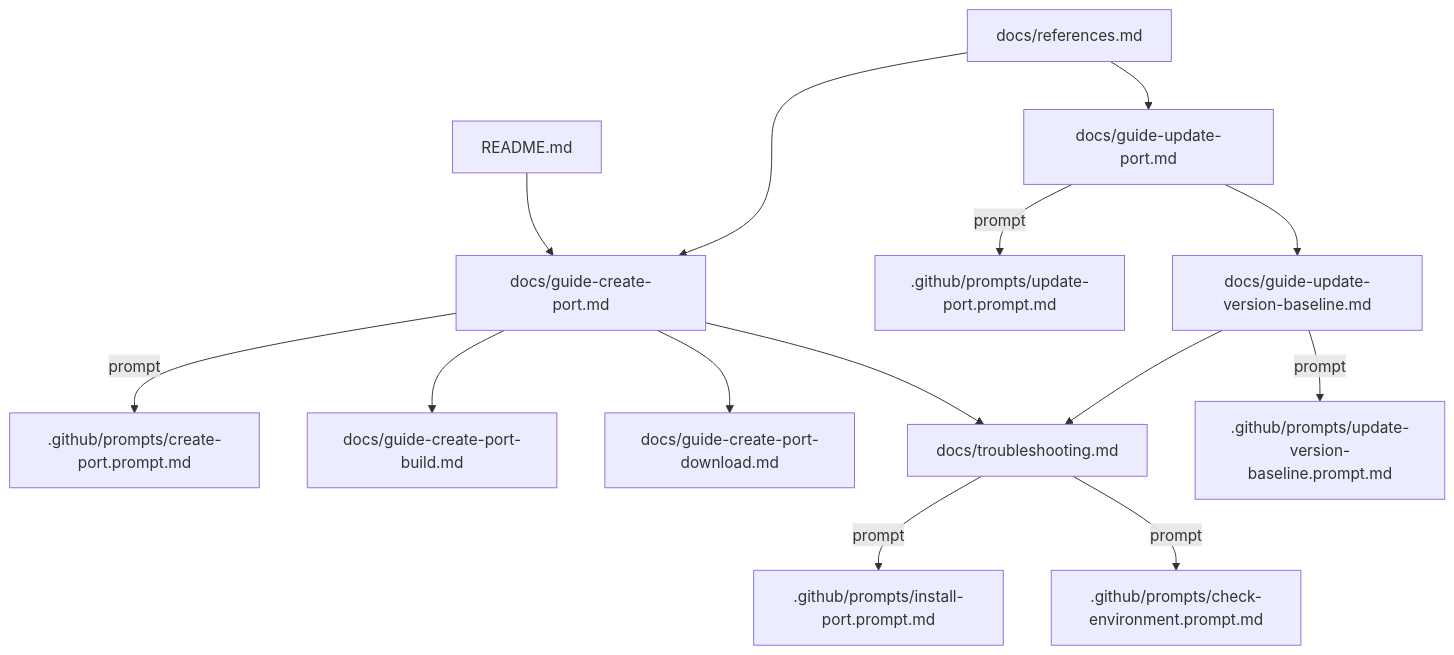
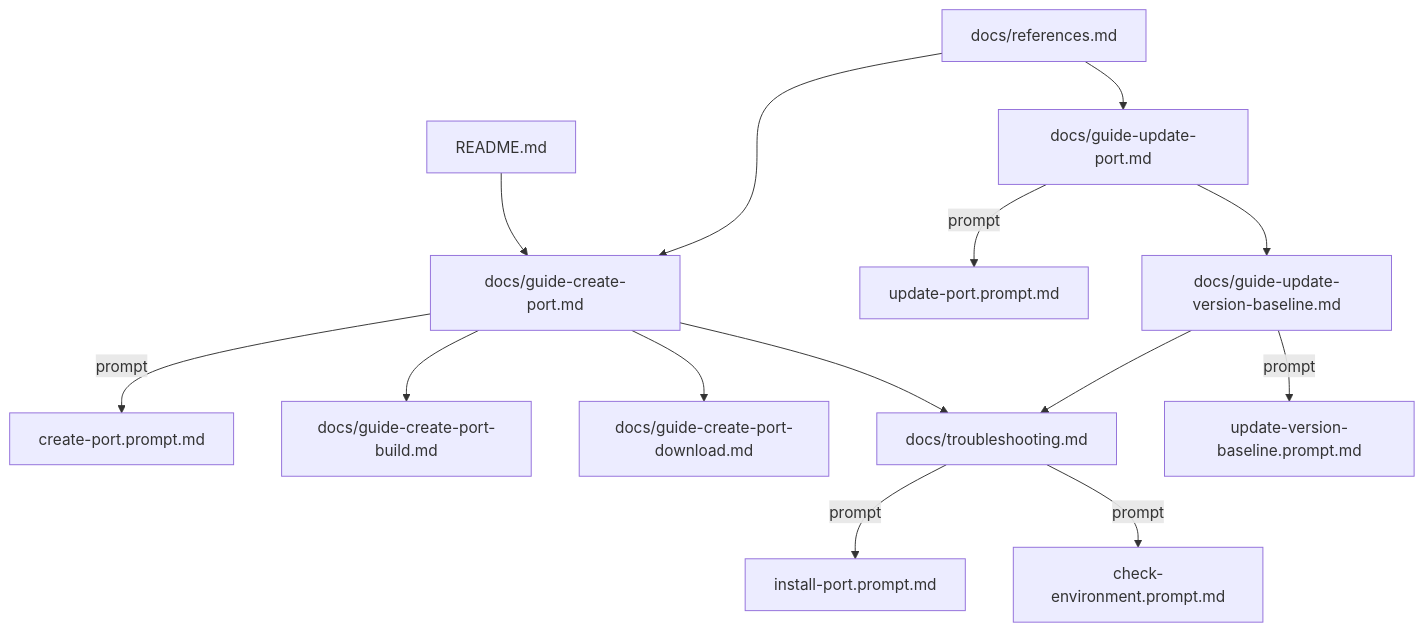
Before and after one commit to luncliff/vcpkg-registry: the diagram in .github/copilot-instructions.md, drawn with Mermaid. The commit also changed other lines of this file, not shown here.

````diff
--- a/.github/copilot-instructions.md
+++ b/.github/copilot-instructions.md
@@ -118,19 +117,19 @@
 ```mermaid
 graph TD
   README[README.md] --> CreateGuide[docs/guide-create-port.md]
-  CreateGuide -- prompt --> CreatePrompt[.github/prompts/create-port.prompt.md]
+  CreateGuide -- prompt --> CreatePrompt[create-port.prompt.md]
   CreateGuide --> BuildGuide[docs/guide-create-port-build.md]
   CreateGuide --> DownloadGuide[docs/guide-create-port-download.md]
   CreateGuide --> Troubleshoot[docs/troubleshooting.md]
 
-  UpdateGuide[docs/guide-update-port.md] -- prompt --> UpdatePrompt[.github/prompts/update-port.prompt.md]
+  UpdateGuide[docs/guide-update-port.md] -- prompt --> UpdatePrompt[update-port.prompt.md]
   UpdateGuide --> BaselineGuide[docs/guide-update-version-baseline.md]
-  BaselineGuide -- prompt --> BaselinePrompt[.github/prompts/update-version-baseline.prompt.md]
+  BaselineGuide -- prompt --> BaselinePrompt[update-version-baseline.prompt.md]
   BaselineGuide --> Troubleshoot
 
-  Troubleshoot -- prompt --> InstallPrompt[.github/prompts/install-port.prompt.md]
-  Troubleshoot -- prompt --> CheckEnvPrompt[.github/prompts/check-environment.prompt.md]
+  Troubleshoot -- prompt --> InstallPrompt[install-port.prompt.md]
+  Troubleshoot -- prompt --> CheckEnvPrompt[check-environment.prompt.md]
 
   References[docs/references.md] --> CreateGuide
   References --> UpdateGuide
 ```
````
